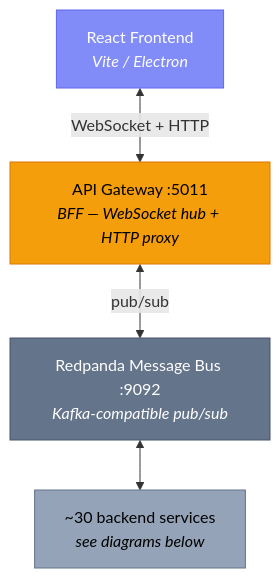
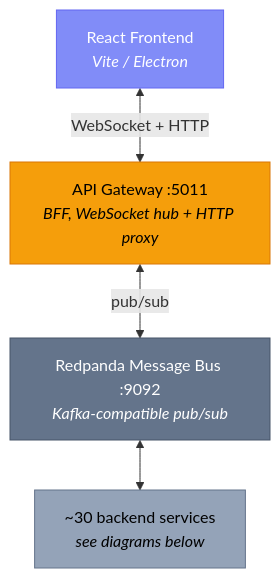
The second of 8 diagrams in docs/site/src/content/docs/platform/architecture.md (milesburton/veta-trading-platform), drawn with Mermaid before and after one commit. The commit also changed other lines of this file and 51 other files, not shown here.

````diff
--- a/docs/site/src/content/docs/platform/architecture.md
+++ b/docs/site/src/content/docs/platform/architecture.md
@@ -46,16 +46,16 @@
 ```mermaid
 graph TD
     FE["React Frontend<br/><i>Vite / Electron</i>"]:::client
-    GW["API Gateway :5011<br/><i>BFF — WebSocket hub + HTTP proxy</i>"]:::gateway
+    GW["API Gateway :5011<br/><i>BFF, WebSocket hub + HTTP proxy</i>"]:::gateway
     KAFKA["Redpanda Message Bus :9092<br/><i>Kafka-compatible pub/sub</i>"]:::bus
     SVCS["~30 backend services<br/><i>see diagrams below</i>"]:::support
 
     FE <-->|"WebSocket + HTTP"| GW
     GW <-->|"pub/sub"| KAFKA
     KAFKA <--> SVCS
 
     classDef client fill:#818cf8,stroke:#6366f1,color:#fff
     classDef gateway fill:#f59e0b,stroke:#d97706,color:#000
     classDef bus fill:#64748b,stroke:#475569,color:#fff
     classDef support fill:#94a3b8,stroke:#64748b,color:#000
 ```
````
